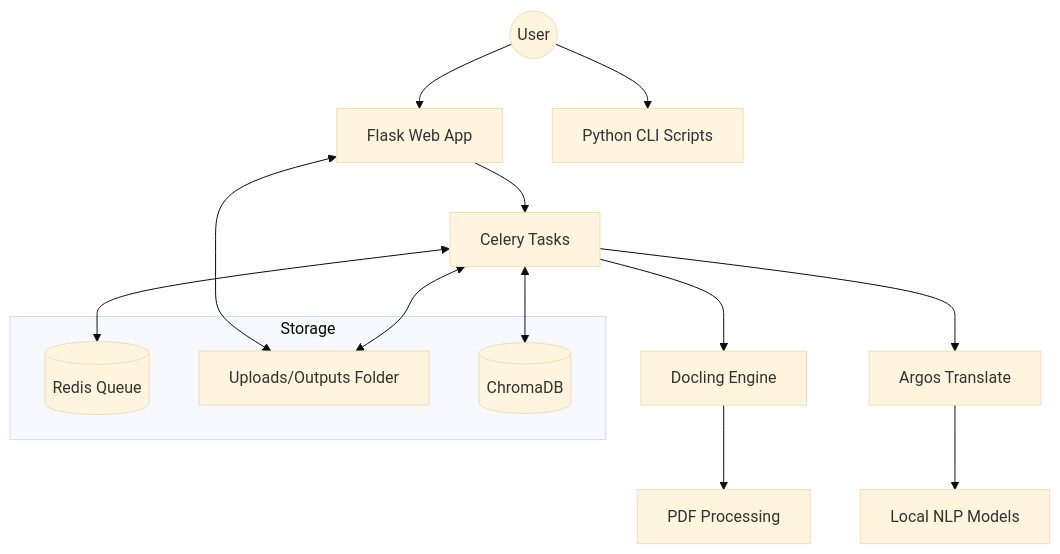
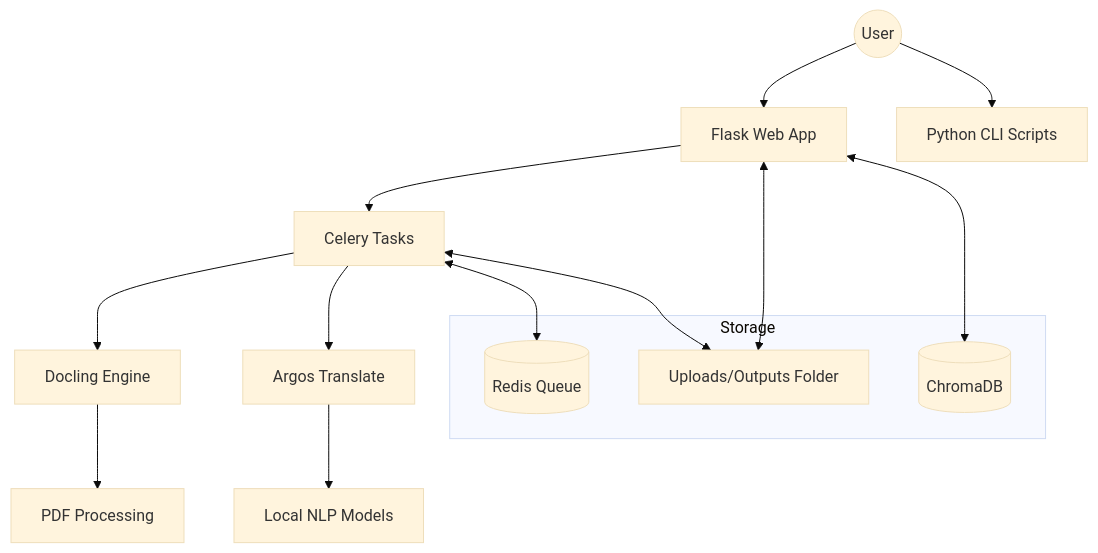
Before and after one commit to matis-dev/pdf-extractor-translator: the diagram in README.md, drawn with Mermaid (base theme). The commit also changed other lines of this file and 3 other files, not shown here.

Commit message:
feat: Add MCP server for local LLM document querying, including new schemas, tests, and README updates.

````diff
--- a/README.md
+++ b/README.md
@@ -72,23 +63,23 @@
 ```mermaid
 graph TD
     User((User)) --> WebUI[Flask Web App]
     User --> CLI[Python CLI Scripts]
     
     WebUI --> Tasks[Celery Tasks]
     Tasks --> Docling[Docling Engine]
     Tasks --> Translation[Argos Translate]
     
     Docling --> PDF[PDF Processing]
     Translation --> LocalModels[Local NLP Models]
     
     subgraph Storage
         Redis[(Redis Queue)]
         Uploads[Uploads/Outputs Folder]
         Chroma[(ChromaDB)]
     end
     
     Tasks <--> Redis
     WebUI <--> Uploads
     Tasks <--> Uploads
-    Tasks <--> Chroma
+    WebUI <--> Chroma
 ```
````
